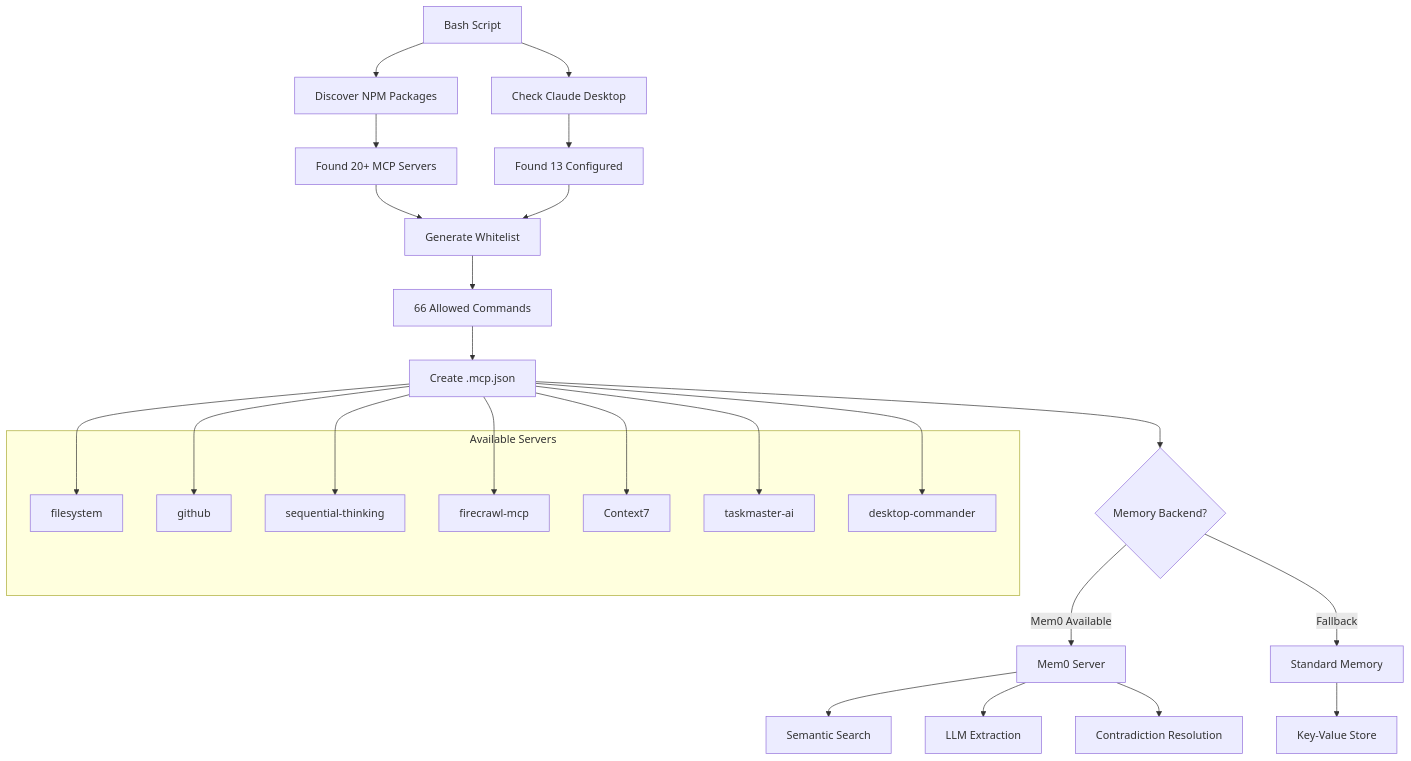
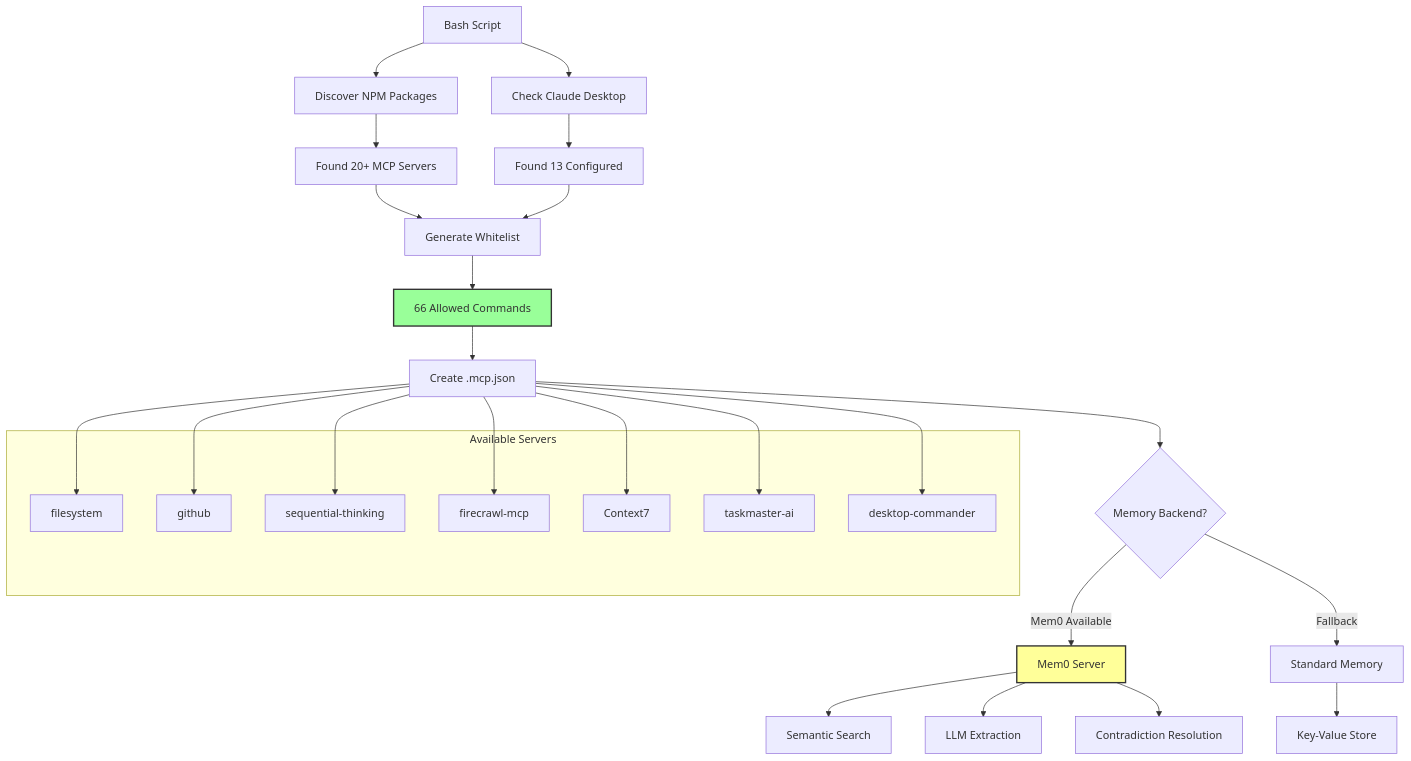
The fifth of 6 diagrams in README.md (krzemienski/enhanced-claude-code), drawn with Mermaid before and after one commit. The commit also changed other lines of this file, not shown here.

First line of the commit message:
fix: Update Mermaid diagrams to match working GitHub syntax

````diff
--- a/README.md
+++ b/README.md
@@ -263,43 +276,46 @@
 ```mermaid
 flowchart TB
     A[Bash Script] --> B[Discover NPM Packages]
     A --> C[Check Claude Desktop]
     
     B --> D[Found 20+ MCP Servers]
     C --> E[Found 13 Configured]
     
     D --> F[Generate Whitelist]
     E --> F
     
     F --> G[66 Allowed Commands]
     
     G --> H[Create .mcp.json]
     
     H --> I{Memory Backend?}
     I -->|Mem0 Available| J[Mem0 Server]
     I -->|Fallback| K[Standard Memory]
     
     J --> L[Semantic Search]
     J --> M[LLM Extraction]
     J --> N[Contradiction Resolution]
     
     K --> O[Key-Value Store]
     
-    subgraph Servers[Available Servers]
+    subgraph AvailableServers[Available Servers]
         P[filesystem]
         Q[github]
         R[sequential-thinking]
         S[firecrawl-mcp]
         T[Context7]
         U[taskmaster-ai]
         V[desktop-commander]
     end
     
     H --> P
     H --> Q
     H --> R
     H --> S
     H --> T
     H --> U
     H --> V
+    
+    style J fill:#ff9,stroke:#333,stroke-width:2px
+    style G fill:#9f9,stroke:#333,stroke-width:2px
 ```
````
